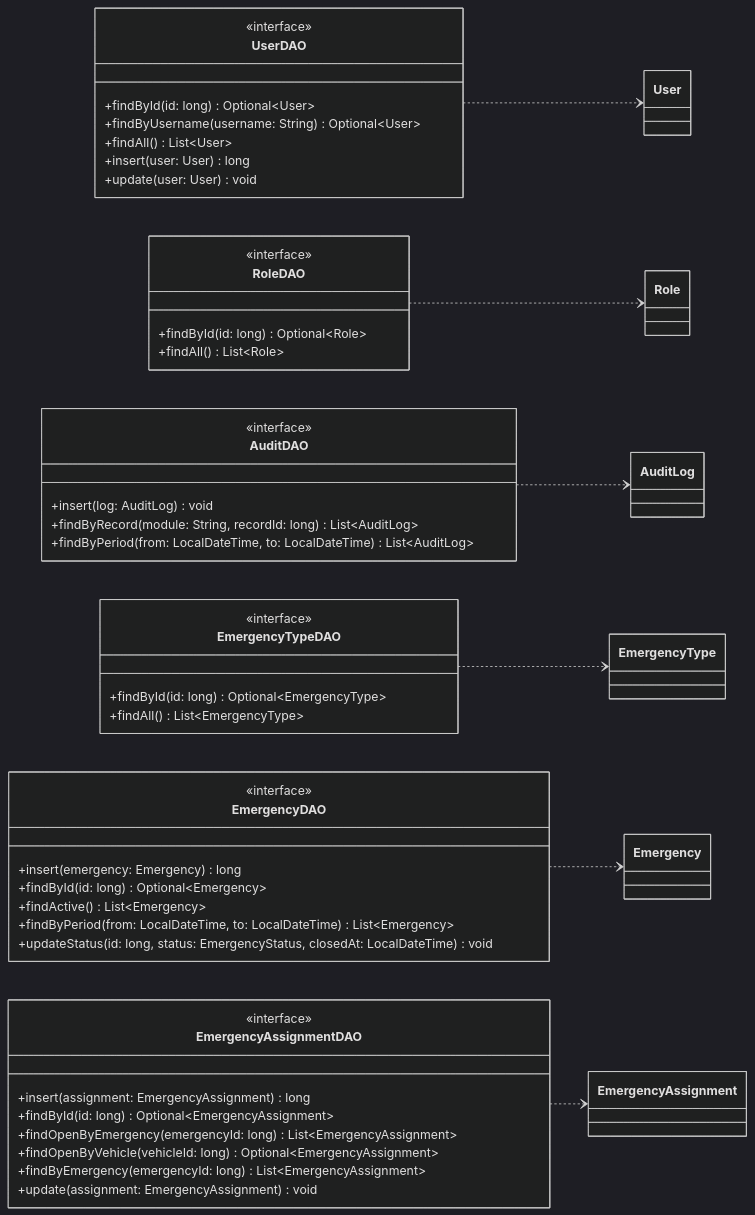
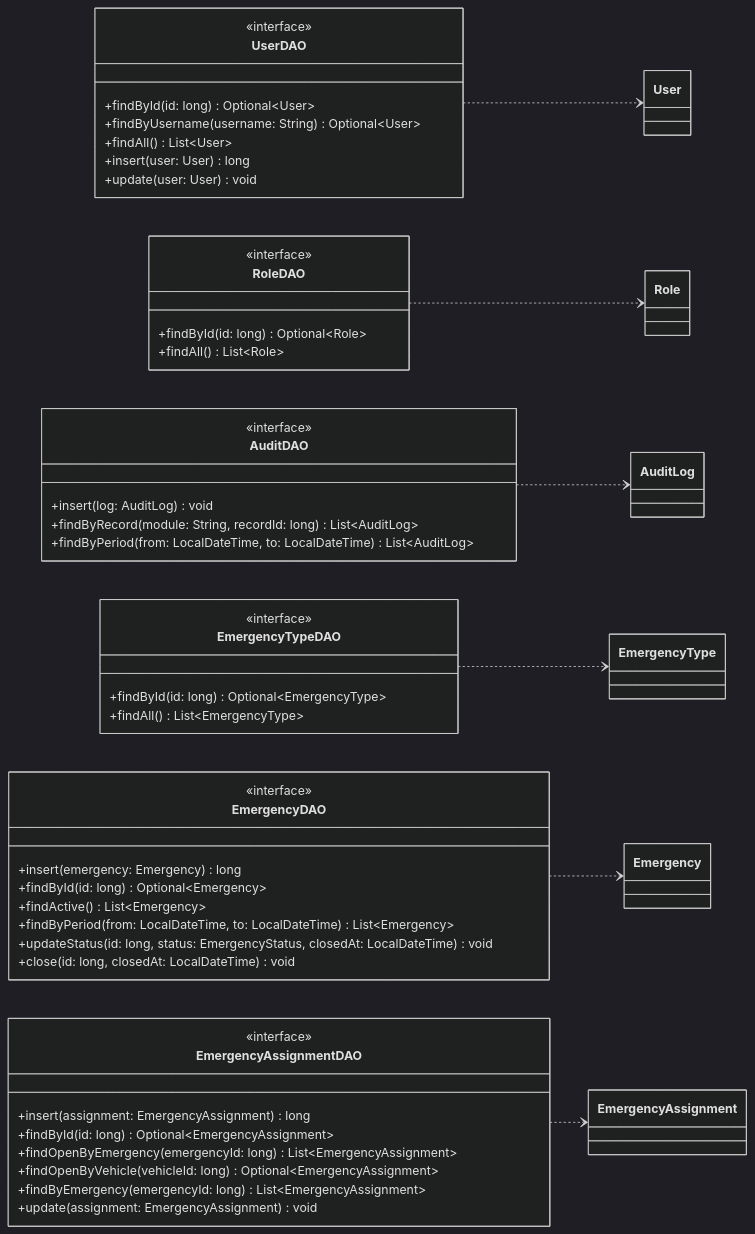
One commit to afzabaleta/RutaVida changed the tenth of 24 diagrams in docs/class-diagram.md. Above: the diagram before and after it, drawn with Mermaid (dark theme). The commit also changed other lines of this file and 9 other files, not shown here.

````diff
--- a/docs/class-diagram.md
+++ b/docs/class-diagram.md
@@ -605,63 +605,64 @@
 ```mermaid
 ---
 config:
   markdownAutoWrap: false
 ---
 classDiagram
     direction LR
 
     class UserDAO {
         <<interface>>
         +findById(id: long) Optional~User~
         +findByUsername(username: String) Optional~User~
         +findAll() List~User~
         +insert(user: User) long
         +update(user: User) void
     }
     class RoleDAO {
         <<interface>>
         +findById(id: long) Optional~Role~
         +findAll() List~Role~
     }
     class AuditDAO {
         <<interface>>
         +insert(log: AuditLog) void
         +findByRecord(module: String, recordId: long) List~AuditLog~
         +findByPeriod(from: LocalDateTime, to: LocalDateTime) List~AuditLog~
     }
     class EmergencyTypeDAO {
         <<interface>>
         +findById(id: long) Optional~EmergencyType~
         +findAll() List~EmergencyType~
     }
     class EmergencyDAO {
         <<interface>>
         +insert(emergency: Emergency) long
         +findById(id: long) Optional~Emergency~
         +findActive() List~Emergency~
         +findByPeriod(from: LocalDateTime, to: LocalDateTime) List~Emergency~
         +updateStatus(id: long, status: EmergencyStatus, closedAt: LocalDateTime) void
+        +close(id: long, closedAt: LocalDateTime) void
     }
     class EmergencyAssignmentDAO {
         <<interface>>
         +insert(assignment: EmergencyAssignment) long
         +findById(id: long) Optional~EmergencyAssignment~
         +findOpenByEmergency(emergencyId: long) List~EmergencyAssignment~
         +findOpenByVehicle(vehicleId: long) Optional~EmergencyAssignment~
         +findByEmergency(emergencyId: long) List~EmergencyAssignment~
         +update(assignment: EmergencyAssignment) void
     }
     class User
     class Role
     class AuditLog
     class EmergencyType
     class Emergency
     class EmergencyAssignment
 
     UserDAO ..> User
     RoleDAO ..> Role
     AuditDAO ..> AuditLog
     EmergencyTypeDAO ..> EmergencyType
     EmergencyDAO ..> Emergency
     EmergencyAssignmentDAO ..> EmergencyAssignment
 ```
````
